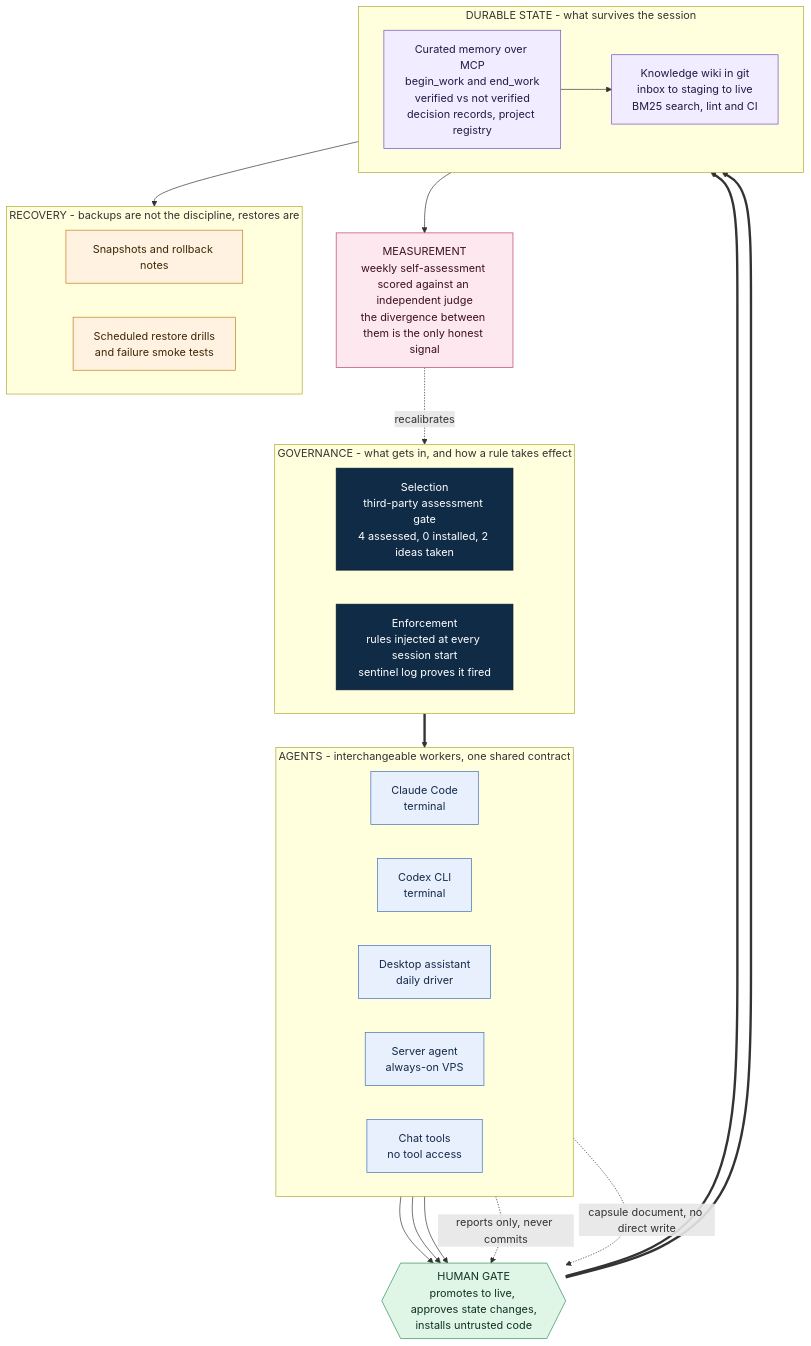
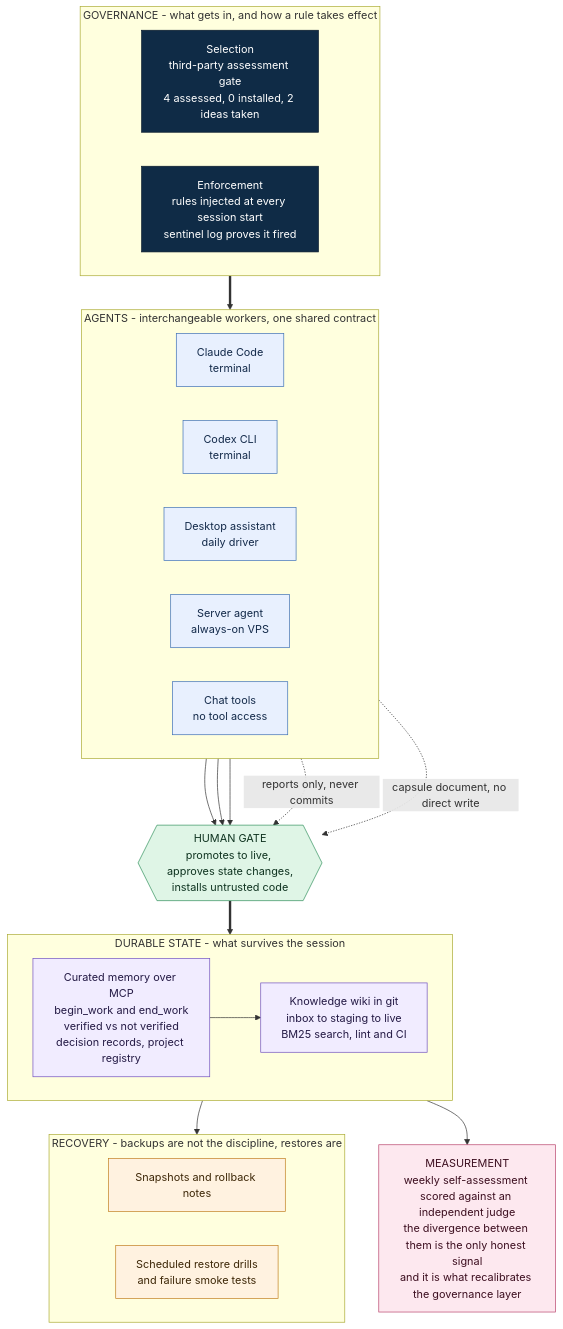
One commit to artemtrofymenko/agent-ops-notes changed the diagram in README.md. Above: the diagram before and after it, drawn with Mermaid.

Commit message:
docs: break the diagram cycle that was inverting the layout
The recalibrates edge from measurement back to governance made the graph
cyclic, so the renderer broke the loop in the wrong place and flipped the
whole vertical order: durable state ended up above the human gate, which
forced two thick parallel edges to run the full height of the picture.

- Fold the feedback into the measurement label instead of drawing it, which
  makes the graph acyclic and restores the intended top-to-bottom order
- Point the gate at the durable-state subgraph once rather than at both of
  its nodes separately

````diff
--- a/README.md
+++ b/README.md
@@ -23,61 +23,59 @@
 ```mermaid
 flowchart TB
 
   subgraph GOV["GOVERNANCE - what gets in, and how a rule takes effect"]
     direction LR
     SEL["Selection<br/>third-party assessment gate<br/>4 assessed, 0 installed, 2 ideas taken"]
     ENF["Enforcement<br/>rules injected at every session start<br/>sentinel log proves it fired"]
   end
 
   subgraph AG["AGENTS - interchangeable workers, one shared contract"]
     direction LR
     CC["Claude Code<br/>terminal"]
     CX["Codex CLI<br/>terminal"]
     DH["Desktop assistant<br/>daily driver"]
     SH["Server agent<br/>always-on VPS"]
     GPT["Chat tools<br/>no tool access"]
   end
 
   GATE{{"HUMAN GATE<br/>promotes to live, approves state changes,<br/>installs untrusted code"}}
 
   subgraph STATE["DURABLE STATE - what survives the session"]
     direction LR
     MEM["Curated memory over MCP<br/>begin_work and end_work<br/>verified vs not verified<br/>decision records, project registry"]
     WIKI["Knowledge wiki in git<br/>inbox to staging to live<br/>BM25 search, lint and CI"]
   end
 
   subgraph SAFE["RECOVERY - backups are not the discipline, restores are"]
     direction LR
     SNAP["Snapshots and rollback notes"]
     DRILL["Scheduled restore drills<br/>and failure smoke tests"]
   end
 
-  MEAS["MEASUREMENT<br/>weekly self-assessment scored against an independent judge<br/>the divergence between them is the only honest signal"]
+  MEAS["MEASUREMENT<br/>weekly self-assessment scored against an independent judge<br/>the divergence between them is the only honest signal<br/>and it is what recalibrates the governance layer"]
 
   GOV ==> AG
   CC --> GATE
   CX --> GATE
   DH --> GATE
   SH -.->|"reports only, never commits"| GATE
   GPT -.->|"capsule document, no direct write"| GATE
-  GATE ==> MEM
-  GATE ==> WIKI
+  GATE ==> STATE
   MEM --> WIKI
   STATE --> SAFE
   STATE --> MEAS
-  MEAS -.->|"recalibrates"| GOV
 
   classDef gov fill:#0f2b46,stroke:#08192b,color:#ffffff
   classDef agent fill:#e8f0fe,stroke:#3c6fb5,color:#132a4a
   classDef state fill:#f1ecff,stroke:#6f4fc0,color:#241a45
   classDef gate fill:#dff5e6,stroke:#2f8f5b,color:#0f3320
   classDef safe fill:#fff2e0,stroke:#c07d1e,color:#3d2707
   classDef meas fill:#fde8ef,stroke:#b8436b,color:#3d0f20
 
   class SEL,ENF gov
   class CC,CX,DH,SH,GPT agent
   class MEM,WIKI state
   class GATE gate
   class SNAP,DRILL safe
   class MEAS meas
 ```
````
